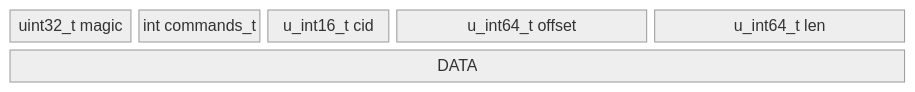
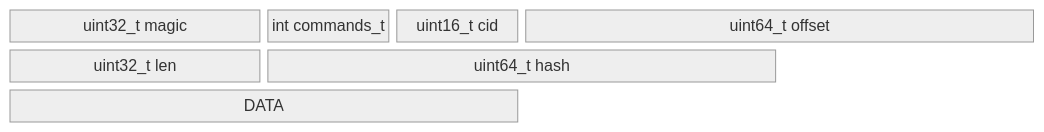
The second of 3 diagrams in Protocol.md (rawstor/rawstor_docs), drawn with Mermaid (neutral theme) before and after one commit. The commit also changed other lines of this file, not shown here.

Commit message:
Actualize, introduce hash field (#2)

````diff
--- a/Protocol.md
+++ b/Protocol.md
@@ -30,6 +31,6 @@
 ```mermaid
 block-beta
   columns 6
-  0["uint32_t magic"]:1 a["int commands_t"]:1 aa["u_int16_t cid"] b["u_int64_t offset"]:2 c["u_int64_t len"]:2
-  cc["DATA"]:7
+  0["uint32_t magic"]:2 a["int commands_t"]:1 aa["uint16_t cid"]:1 b["uint64_t offset"]:4 c["uint32_t len"]:2 d["uint64_t hash"]:4
+  cc["DATA"]:4
 ```
````
